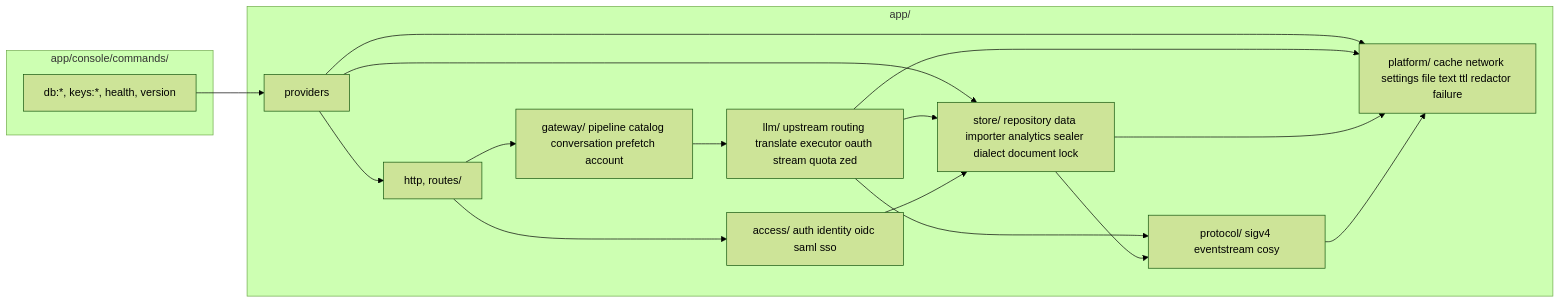
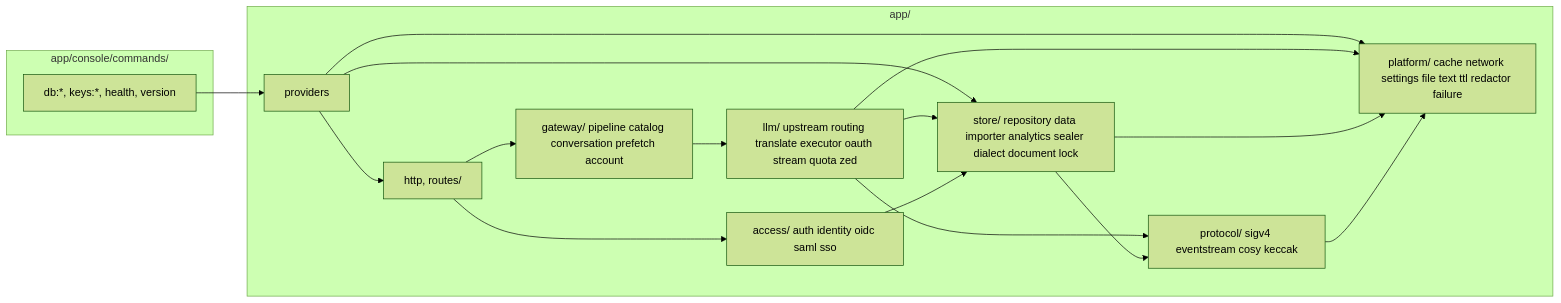
The diagram in docs/ARCHITECTURE.md (dimaskiddo/rllmx), drawn with Mermaid (forest theme) before and after one commit. The commit also changed 76 other files, not shown here.

````diff
--- a/docs/ARCHITECTURE.md
+++ b/docs/ARCHITECTURE.md
@@ -9,32 +9,32 @@
 ```mermaid
 graph LR
     subgraph cmd["app/console/commands/"]
         Main["db:*, keys:*, health, version"]
     end
 
     subgraph internal["app/"]
         App["providers"]
         GW["gateway/ pipeline catalog conversation prefetch account"]
         LLM["llm/ upstream routing translate executor oauth stream quota zed"]
         ACC["access/ auth identity oidc saml sso"]
         ST["store/ repository data importer analytics sealer dialect document lock"]
-        PROT["protocol/ sigv4 eventstream cosy"]
+        PROT["protocol/ sigv4 eventstream cosy keccak"]
         PLAT["platform/ cache network settings file text ttl redactor failure"]
         API["http, routes/"]
     end
 
     Main --> App
     App --> API
     App --> PLAT
     App --> ST
     API --> ACC
     API --> GW
     GW --> LLM
     LLM --> ST
     LLM --> PROT
     LLM --> PLAT
     ACC --> ST
     ST --> PROT
     ST --> PLAT
     PROT --> PLAT
 ```
````
